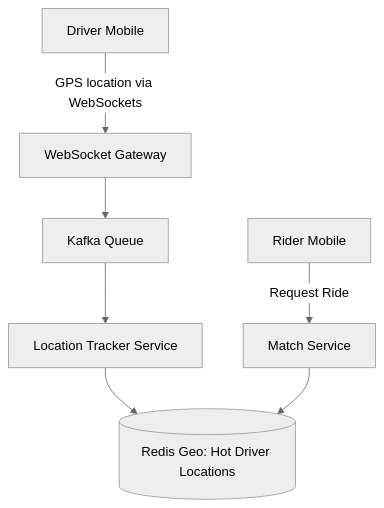
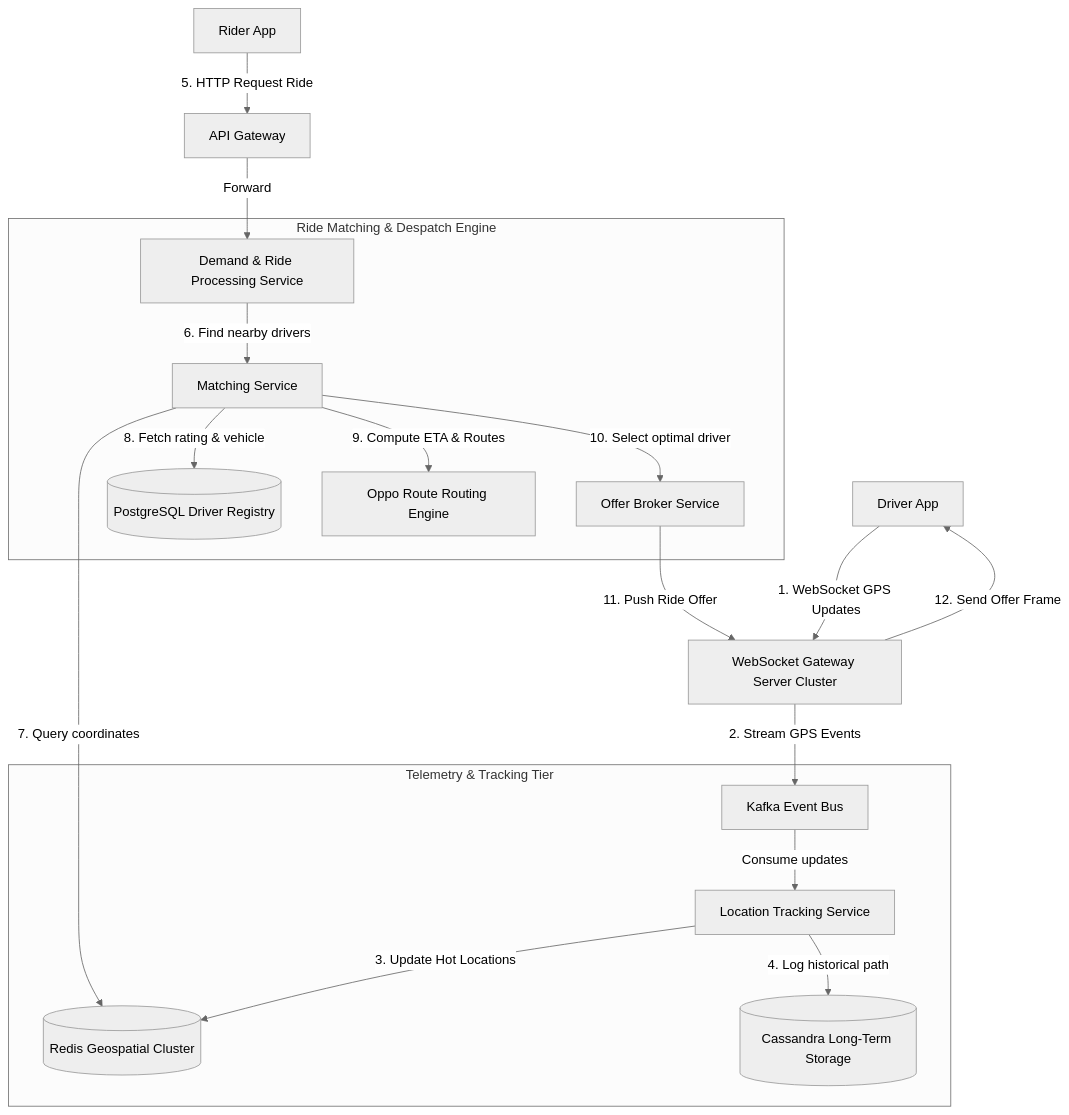
The diagram in high-level-design/concepts/23-design-uber.md (gp330841/interview), drawn with Mermaid (neutral theme) before and after one commit. The commit also changed other lines of this file and 66 other files, not shown here.

````diff
--- a/high-level-design/concepts/23-design-uber.md
+++ b/high-level-design/concepts/23-design-uber.md
@@ -31,9 +58,28 @@
 ```mermaid
 flowchart TD
-    Driver[Driver Mobile] -->|GPS location via WebSockets| WebSocketGate[WebSocket Gateway]
-    WebSocketGate --> Kafka[Kafka Queue]
-    Kafka --> Tracker[Location Tracker Service]
-    Tracker --> RedisGeo[(Redis Geo: Hot Driver Locations)]
-    Rider[Rider Mobile] -->|Request Ride| Matcher[Match Service]
-    Matcher --> RedisGeo
+    %% Drivers Telemetry Path
+    DriverApp[Driver App] -->|1. WebSocket GPS Updates| WSGate[WebSocket Gateway Server Cluster]
+    WSGate -->|2. Stream GPS Events| Kafka[Kafka Event Bus]
+    
+    subgraph LocationServiceTier [Telemetry & Tracking Tier]
+        Kafka -->|Consume updates| LocationSvc[Location Tracking Service]
+        LocationSvc -->|3. Update Hot Locations| RedisGeo[(Redis Geospatial Cluster)]
+        LocationSvc -->|4. Log historical path| Cassandra[(Cassandra Long-Term Storage)]
+    end
+    
+    %% Rider Ride Request Path
+    RiderApp[Rider App] -->|5. HTTP Request Ride| Gateway[API Gateway]
+    Gateway -->|Forward| DemandSvc[Demand & Ride Processing Service]
+    
+    subgraph MatchingEngine [Ride Matching & Despatch Engine]
+        DemandSvc -->|6. Find nearby drivers| Matcher[Matching Service]
+        Matcher -->|7. Query coordinates| RedisGeo
+        Matcher -->|8. Fetch rating & vehicle| DriverDB[(PostgreSQL Driver Registry)]
+        Matcher -->|9. Compute ETA & Routes| RouteSvc[Oppo Route Routing Engine]
+        Matcher -->|10. Select optimal driver| OfferBroker[Offer Broker Service]
+    end
+
+    %% Match Notification
+    OfferBroker -->|11. Push Ride Offer| WSGate
+    WSGate -->|12. Send Offer Frame| DriverApp
 ```
````
